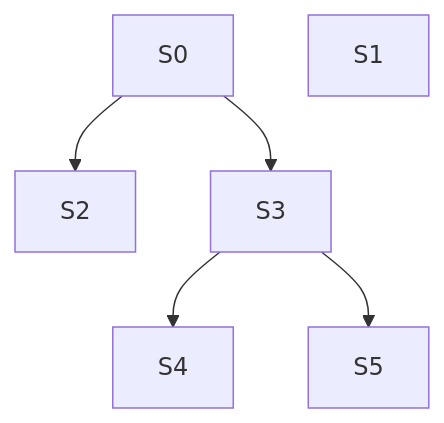
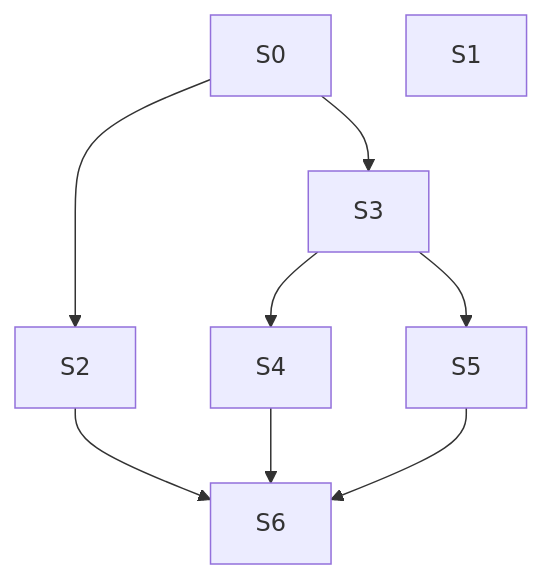
Before and after one commit to lmmoreira/ikaro: the diagram in td/TD53-AGENT-FIRST-DOCS-ROUTING-AND-INTEGRITY.md, drawn with Mermaid. The commit also changed other lines of this file and 1 other file, not shown here.

First line of the commit message:
docs(td): add TD53 story 6 to drop doc number prefixes; sequence TD52 after it

````diff
--- a/td/TD53-AGENT-FIRST-DOCS-ROUTING-AND-INTEGRITY.md
+++ b/td/TD53-AGENT-FIRST-DOCS-ROUTING-AND-INTEGRITY.md
@@ -54,8 +55,11 @@
 ```mermaid
 graph TD
   S0 --> S2
   S0 --> S3
   S3 --> S4
   S3 --> S5
   S1
+  S2 --> S6
+  S4 --> S6
+  S5 --> S6
 ```
````
